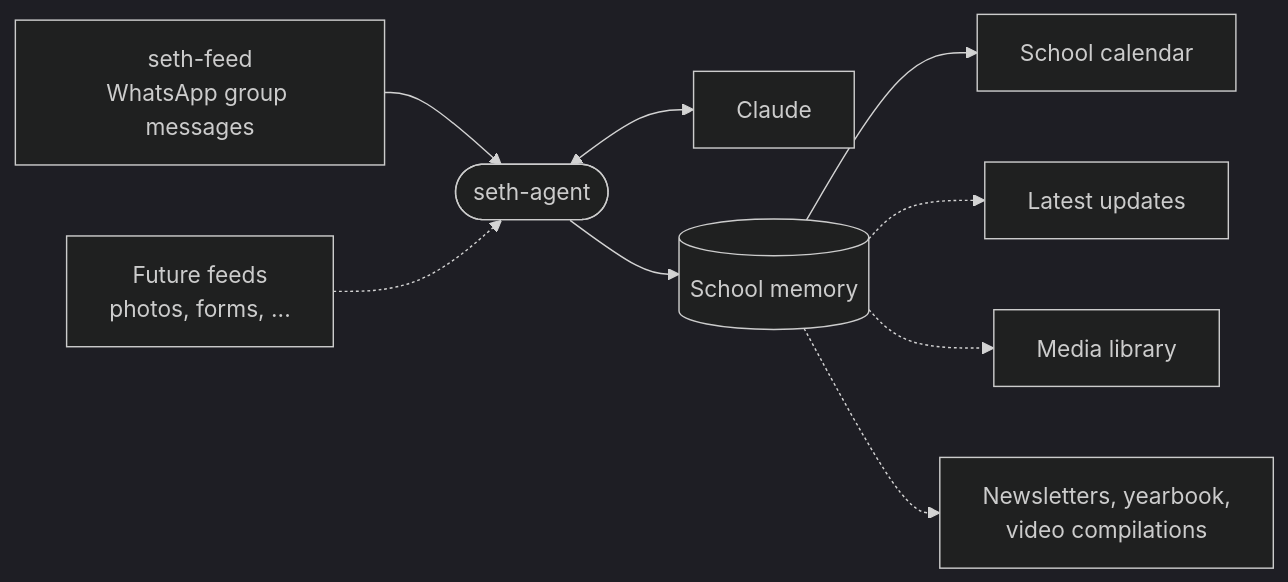
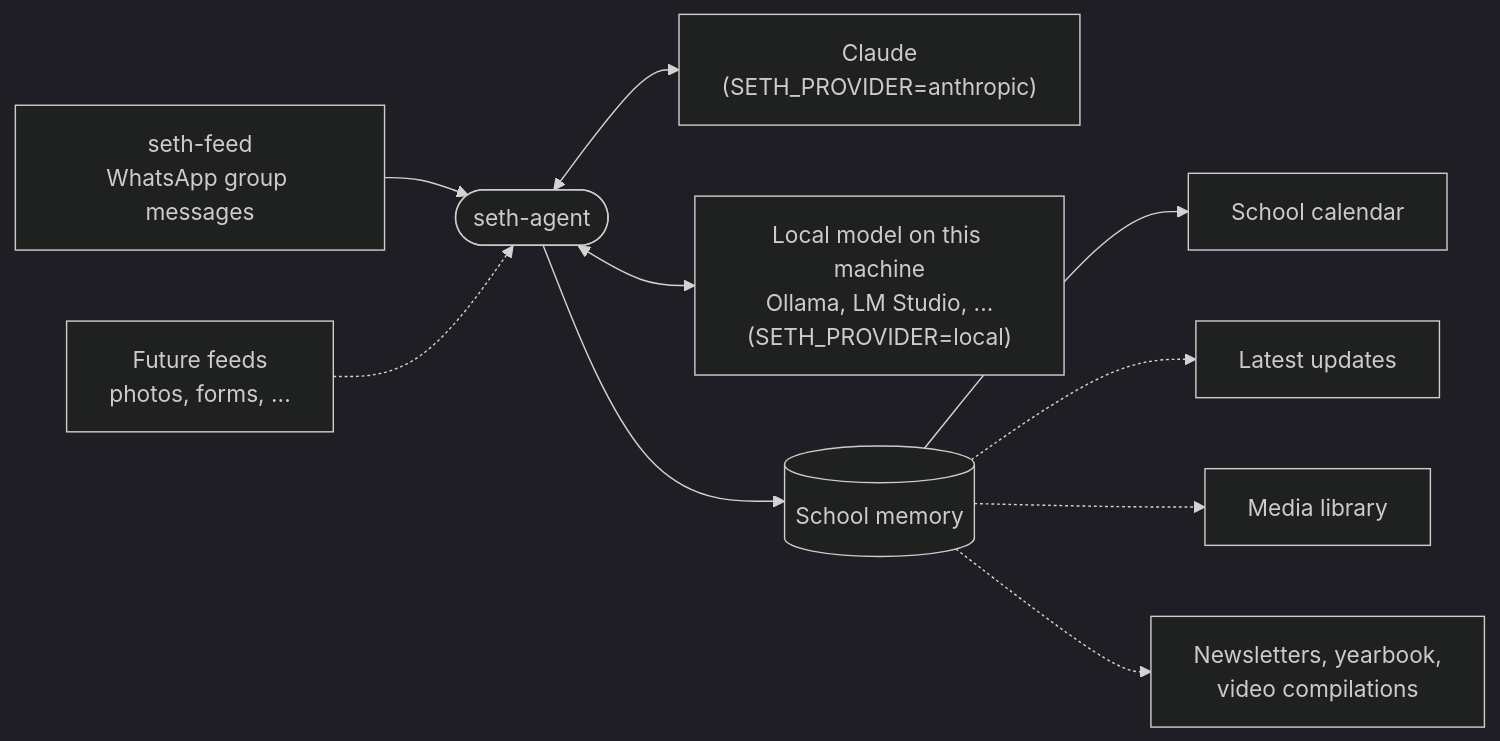
The diagram in README.md (tongtianqi777/seth-agent), drawn with Mermaid (dark theme) before and after one commit. The commit also changed other lines of this file, not shown here.

Commit message:
Show the local model option in the README diagram

````diff
--- a/README.md
+++ b/README.md
@@ -21,11 +21,12 @@
 ```mermaid
 flowchart LR
     F1["seth-feed<br/>WhatsApp group messages"] --> A
     F2["Future feeds<br/>photos, forms, ..."] -.-> A
-    A(["seth-agent"]) <--> C["Claude"]
+    A(["seth-agent"]) <--> C["Claude<br/>(SETH_PROVIDER=anthropic)"]
+    A <--> L["Local model on this machine<br/>Ollama, LM Studio, ...<br/>(SETH_PROVIDER=local)"]
     A --> M[("School memory")]
     M --> CAL["School calendar"]
     M -.-> UPD["Latest updates"]
     M -.-> MED["Media library"]
     M -.-> OUT["Newsletters, yearbook,<br/>video compilations"]
 ```
````
